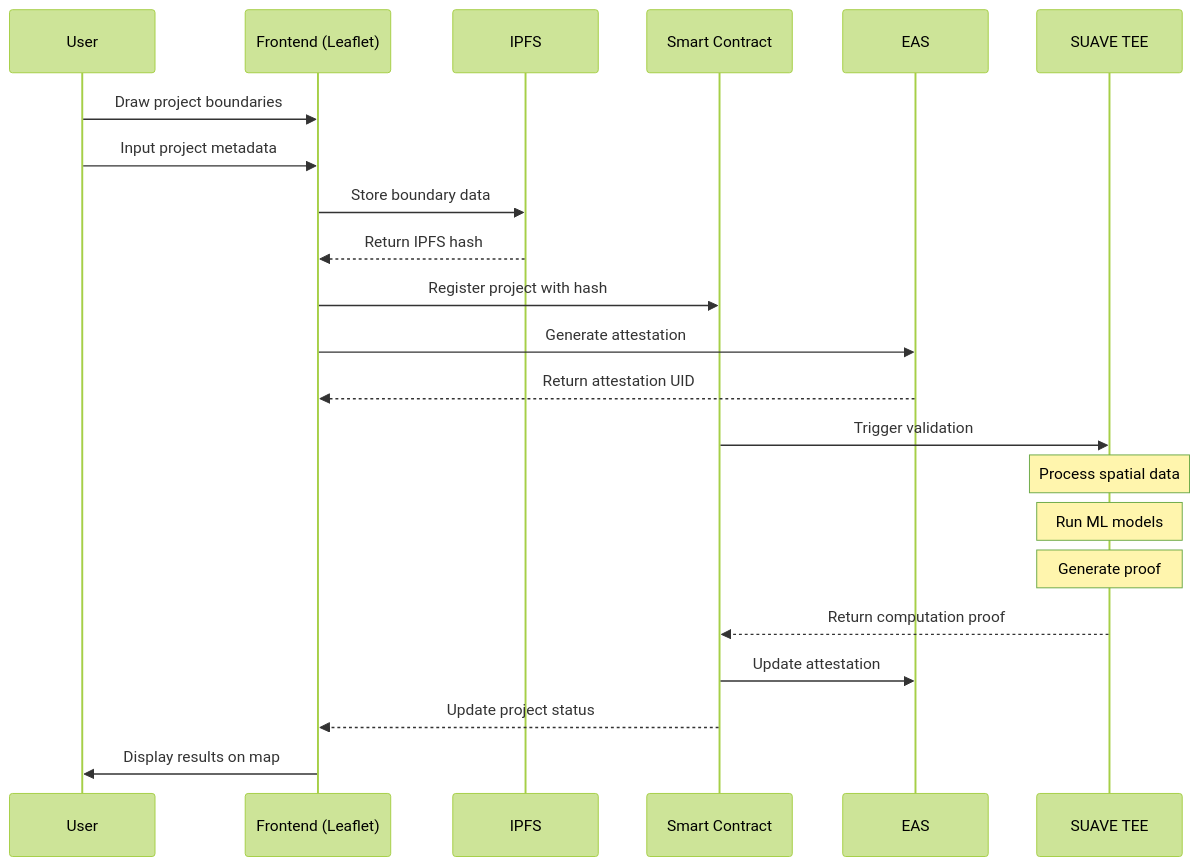
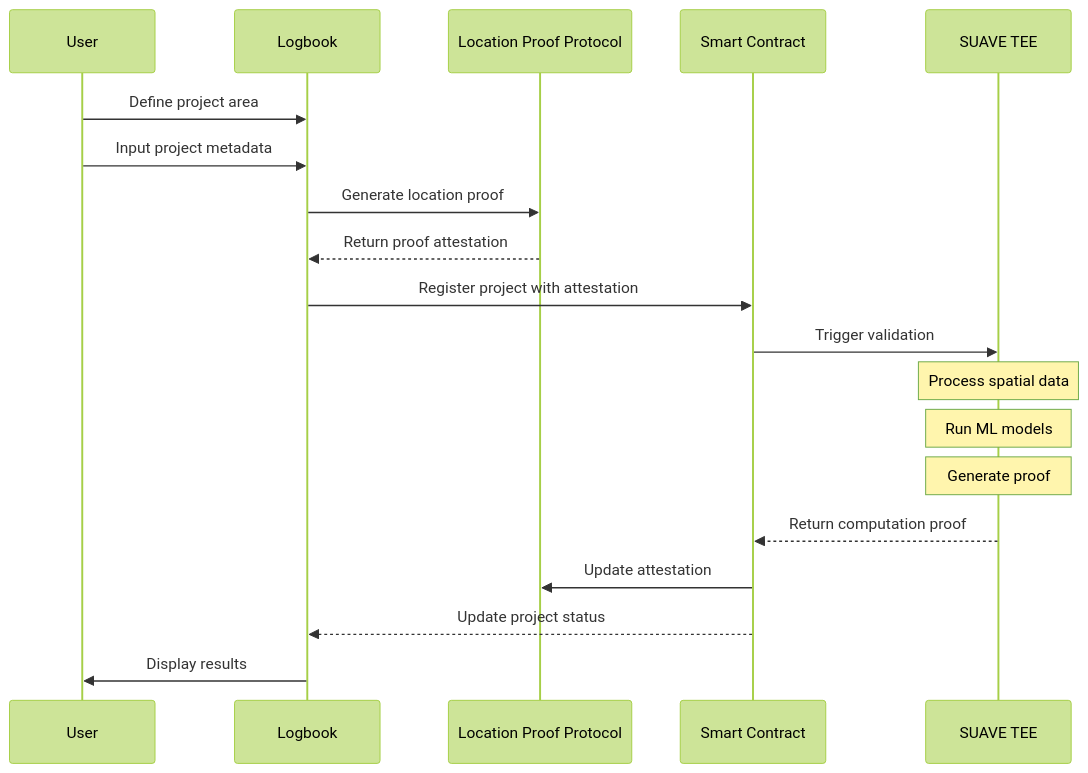
The diagram in README.md (jezzkenarv/Proof-of-Change-V2), drawn with Mermaid (forest theme) before and after one commit. The commit also changed other lines of this file, not shown here.

````diff
--- a/README.md
+++ b/README.md
@@ -12,25 +12,22 @@
 ```mermaid
 sequenceDiagram
     participant U as User
-    participant F as Frontend (Leaflet)
-    participant I as IPFS
+    participant L as Logbook
+    participant LPP as Location Proof Protocol
     participant S as Smart Contract
-    participant E as EAS
     participant T as SUAVE TEE
 
-    U->>F: Draw project boundaries
-    U->>F: Input project metadata
-    F->>I: Store boundary data
-    I-->>F: Return IPFS hash
-    F->>S: Register project with hash
-    F->>E: Generate attestation
-    E-->>F: Return attestation UID
+    U->>L: Define project area
+    U->>L: Input project metadata
+    L->>LPP: Generate location proof
+    LPP-->>L: Return proof attestation
+    L->>S: Register project with attestation
     S->>T: Trigger validation
     Note over T: Process spatial data
     Note over T: Run ML models
     Note over T: Generate proof
     T-->>S: Return computation proof
-    S->>E: Update attestation
-    S-->>F: Update project status
-    F->>U: Display results on map
+    S->>LPP: Update attestation
+    S-->>L: Update project status
+    L->>U: Display results
 ```
````
